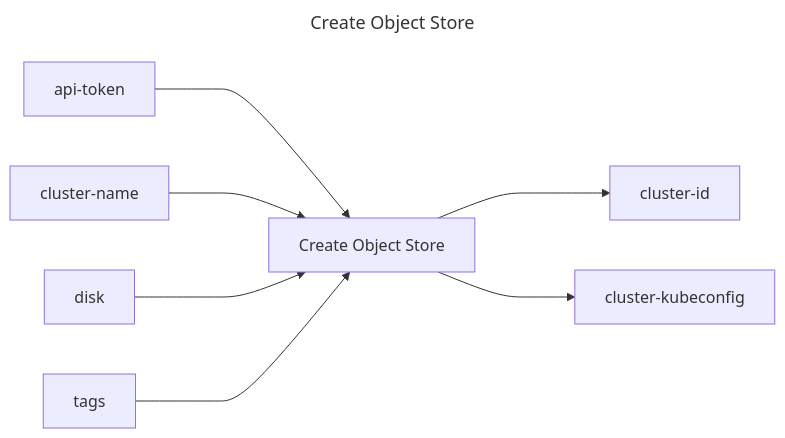
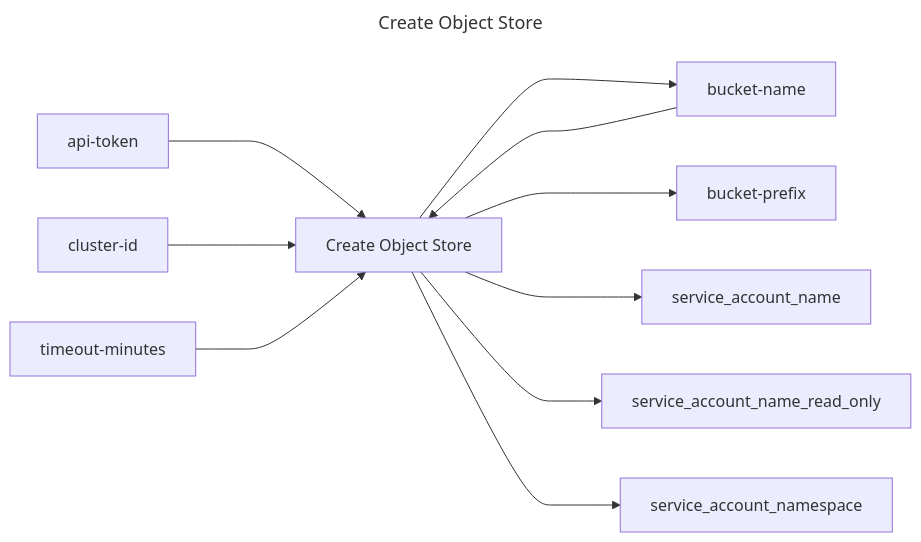
Before and after one commit to replicatedhq/replicated-actions: the diagram in create-object-store/README.md, drawn with Mermaid. The commit also changed other lines of this file, not shown here.

Commit message:
Automated commit of npm build result and updated readme files

````diff
--- a/create-object-store/README.md
+++ b/create-object-store/README.md
@@ -3,19 +3,25 @@
 ```mermaid
 ---
 title: Create Object Store
 ---
 graph LR
 create_object_store["Create Object Store"]
 api_token["api-token"]
-cluster_name["cluster-name"]
-disk["disk"]
-tags["tags"]
 cluster_id["cluster-id"]
-cluster_kubeconfig["cluster-kubeconfig"]
+bucket_name["bucket-name"]
+timeout_minutes["timeout-minutes"]
+bucket_name["bucket-name"]
+bucket_prefix["bucket-prefix"]
+service_account_name["service_account_name"]
+service_account_name_read_only["service_account_name_read_only"]
+service_account_namespace["service_account_namespace"]
 api_token ---> create_object_store
-cluster_name ---> create_object_store
-disk ---> create_object_store
-tags ---> create_object_store
-create_object_store ---> cluster_id
-create_object_store ---> cluster_kubeconfig
+cluster_id ---> create_object_store
+bucket_name ---> create_object_store
+timeout_minutes ---> create_object_store
+create_object_store ---> bucket_name
+create_object_store ---> bucket_prefix
+create_object_store ---> service_account_name
+create_object_store ---> service_account_name_read_only
+create_object_store ---> service_account_namespace
 ```
````
